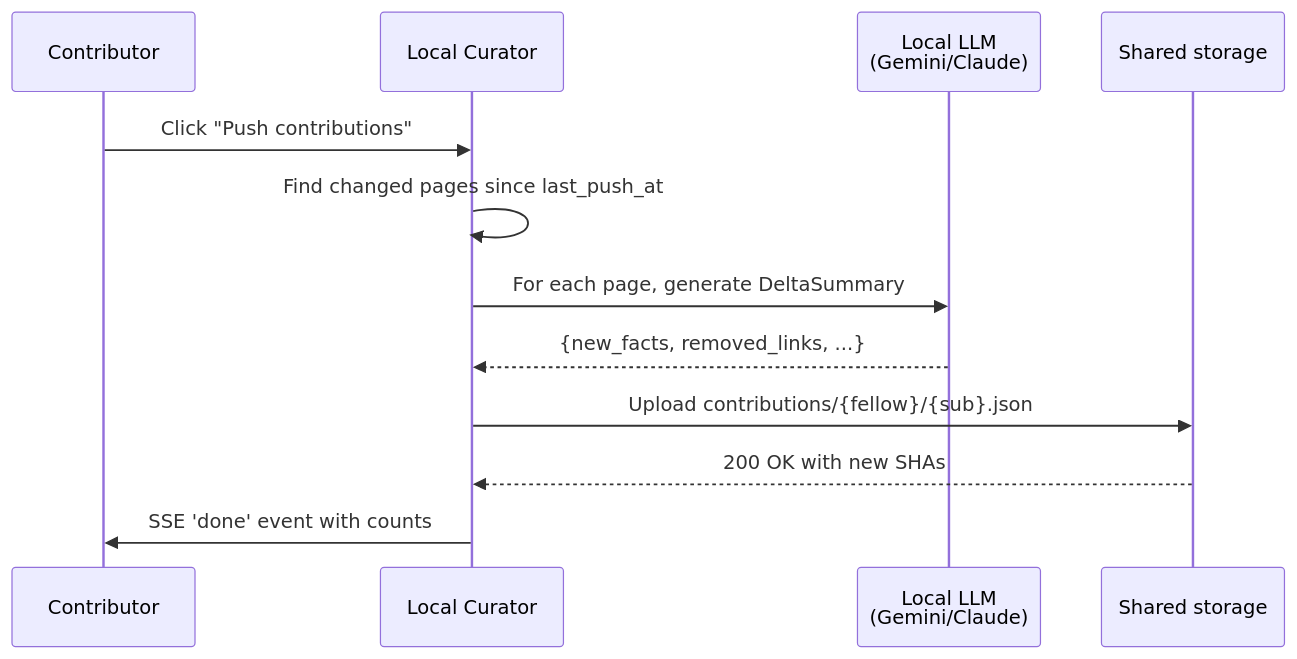
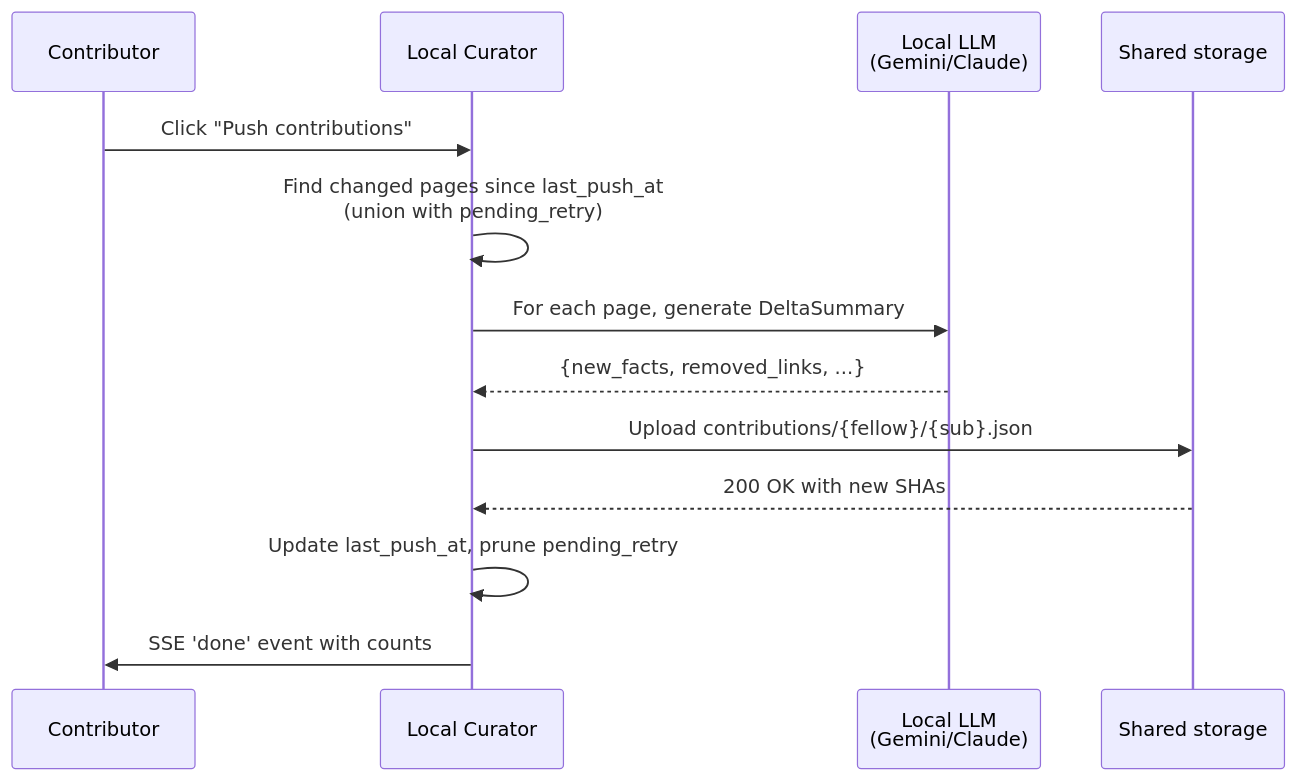
The third of 4 diagrams in docs/shared-brain.md (talirezun/second-brain), drawn with Mermaid before and after one commit. The commit also changed other lines of this file and 9 other files, not shown here.

````diff
--- a/docs/shared-brain.md
+++ b/docs/shared-brain.md
@@ -162,15 +299,16 @@
 ```mermaid
 sequenceDiagram
   participant U as Contributor
   participant L as Local Curator
   participant LLM as Local LLM<br/>(Gemini/Claude)
   participant S as Shared storage
 
   U->>L: Click "Push contributions"
-  L->>L: Find changed pages since last_push_at
+  L->>L: Find changed pages since last_push_at<br/>(union with pending_retry)
   L->>LLM: For each page, generate DeltaSummary
   LLM-->>L: {new_facts, removed_links, ...}
   L->>S: Upload contributions/{fellow}/{sub}.json
   S-->>L: 200 OK with new SHAs
+  L->>L: Update last_push_at, prune pending_retry
   L->>U: SSE 'done' event with counts
 ```
````
